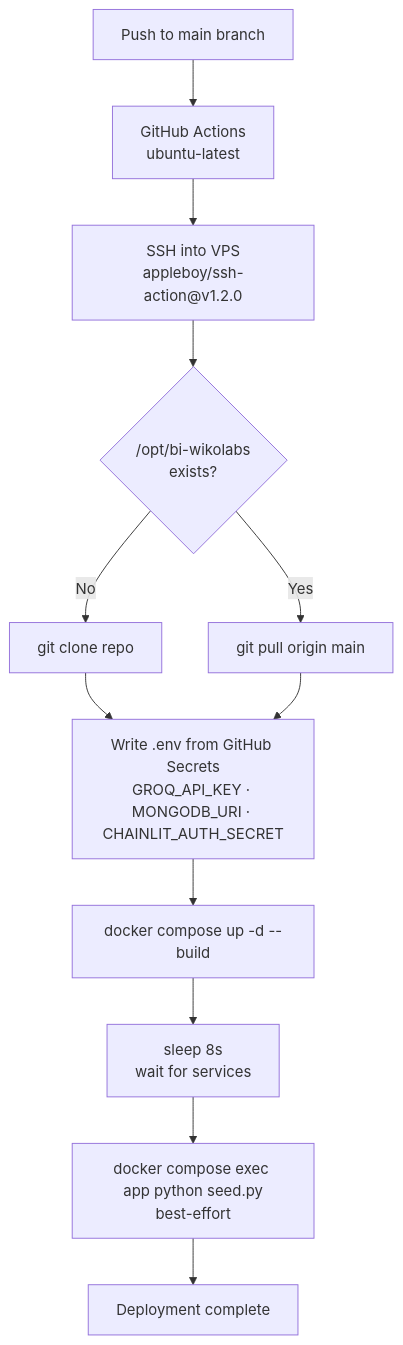
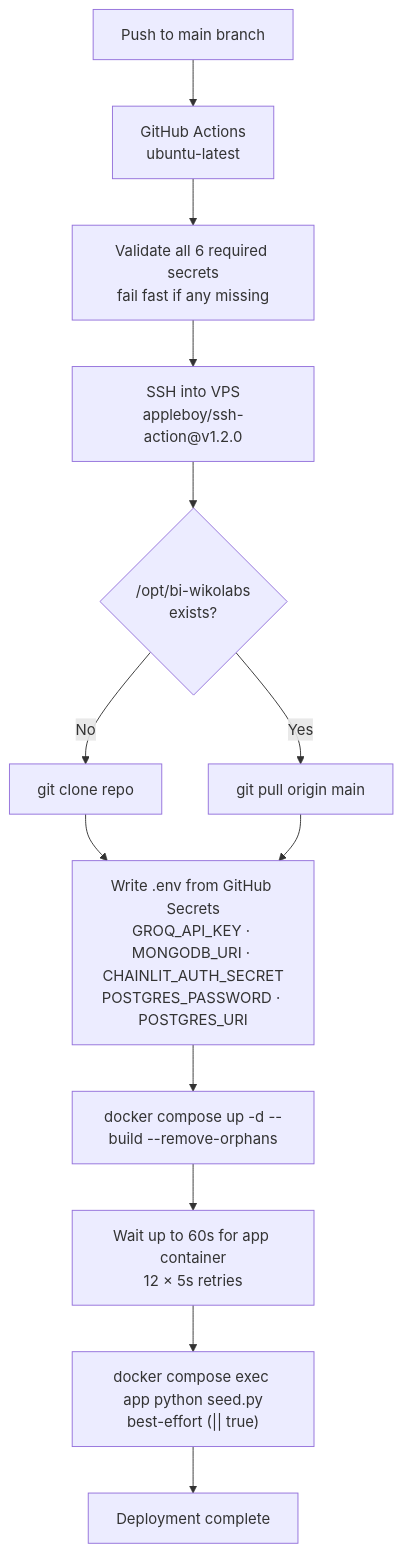
Before and after one commit to Wikolabs/bi-wikolabs: the fourth of 4 diagrams in README.md, drawn with Mermaid. The commit also changed other lines of this file and 1 other file, not shown here.

````diff
--- a/README.md
+++ b/README.md
@@ -482,19 +598,20 @@
 ```mermaid
 flowchart TD
     PUSH["Push to main branch"]
     GHA["GitHub Actions\nubuntu-latest"]
+    VAL["Validate all 6 required secrets\nfail fast if any missing"]
     SSH["SSH into VPS\nappleboy/ssh-action@v1.2.0"]
     CHK{"/opt/bi-wikolabs\nexists?"}
     CLONE["git clone repo"]
     PULL["git pull origin main"]
-    ENV["Write .env from GitHub Secrets\nGROQ_API_KEY · MONGODB_URI · CHAINLIT_AUTH_SECRET"]
-    BUILD["docker compose up -d --build"]
-    SLEEP["sleep 8s\nwait for services"]
-    SEED["docker compose exec app python seed.py\nbest-effort"]
+    ENV["Write .env from GitHub Secrets\nGROQ_API_KEY · MONGODB_URI · CHAINLIT_AUTH_SECRET\nPOSTGRES_PASSWORD · POSTGRES_URI"]
+    BUILD["docker compose up -d --build --remove-orphans"]
+    WAIT["Wait up to 60s for app container\n12 × 5s retries"]
+    SEED["docker compose exec app python seed.py\nbest-effort (|| true)"]
     DONE["Deployment complete"]
 
-    PUSH --> GHA --> SSH --> CHK
+    PUSH --> GHA --> VAL --> SSH --> CHK
     CHK -->|No| CLONE --> ENV
     CHK -->|Yes| PULL --> ENV
-    ENV --> BUILD --> SLEEP --> SEED --> DONE
+    ENV --> BUILD --> WAIT --> SEED --> DONE
 ```
````
